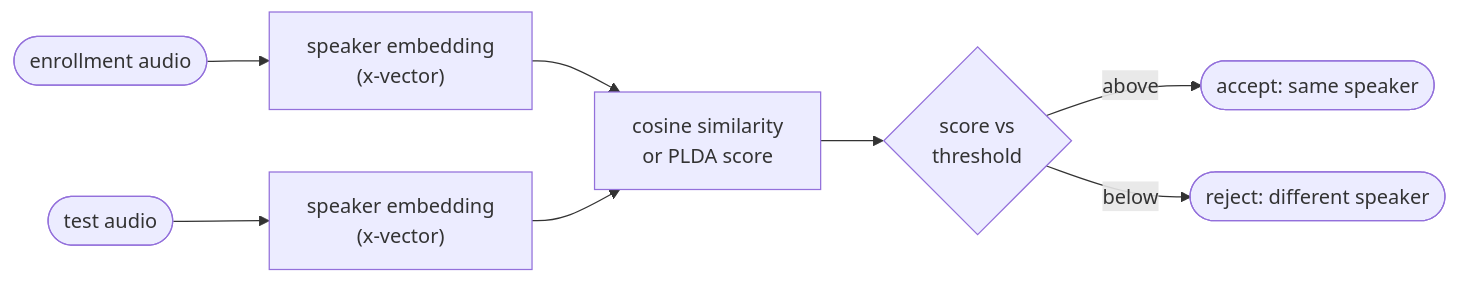
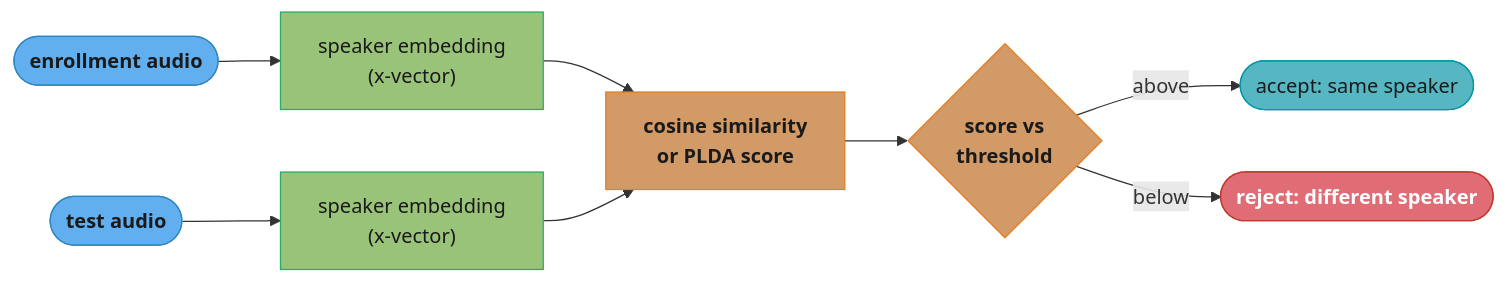
One commit to rppol/system-design changed the fifth of 9 diagrams in src/main/java/com/rutik/systemdesign/ml/speech_and_audio_ml/speech_and_audio_ml.md. Above: the diagram before and after it, drawn with Mermaid. The commit also changed other lines of this file and 38 other files, not shown here.

````diff
--- a/src/main/java/com/rutik/systemdesign/ml/speech_and_audio_ml/speech_and_audio_ml.md
+++ b/src/main/java/com/rutik/systemdesign/ml/speech_and_audio_ml/speech_and_audio_ml.md
@@ -203,10 +253,24 @@
 ```mermaid
 flowchart LR
+    classDef io      fill:#61afef,stroke:#2e86c1,color:#1a1a1a,font-weight:bold
+    classDef frozen  fill:#c678dd,stroke:#9b59b6,color:#fff
+    classDef train   fill:#98c379,stroke:#27ae60,color:#1a1a1a
+    classDef mathOp  fill:#d19a66,stroke:#e67e22,color:#1a1a1a,font-weight:bold
+    classDef lossN   fill:#e06c75,stroke:#c0392b,color:#fff,font-weight:bold
+    classDef req     fill:#56b6c2,stroke:#0097a7,color:#1a1a1a
+    classDef base    fill:#e5c07b,stroke:#f39c12,color:#1a1a1a
+
     enroll(["enrollment audio"]) --> embA["speaker embedding\n(x-vector)"]
     test(["test audio"]) --> embB["speaker embedding\n(x-vector)"]
     embA --> score["cosine similarity\nor PLDA score"]
     embB --> score
     score --> thresh{"score vs\nthreshold"}
     thresh -->|"above"| accept(["accept: same speaker"])
     thresh -->|"below"| reject(["reject: different speaker"])
+
+    class enroll,test io
+    class embA,embB train
+    class score,thresh mathOp
+    class accept req
+    class reject lossN
 ```
````
